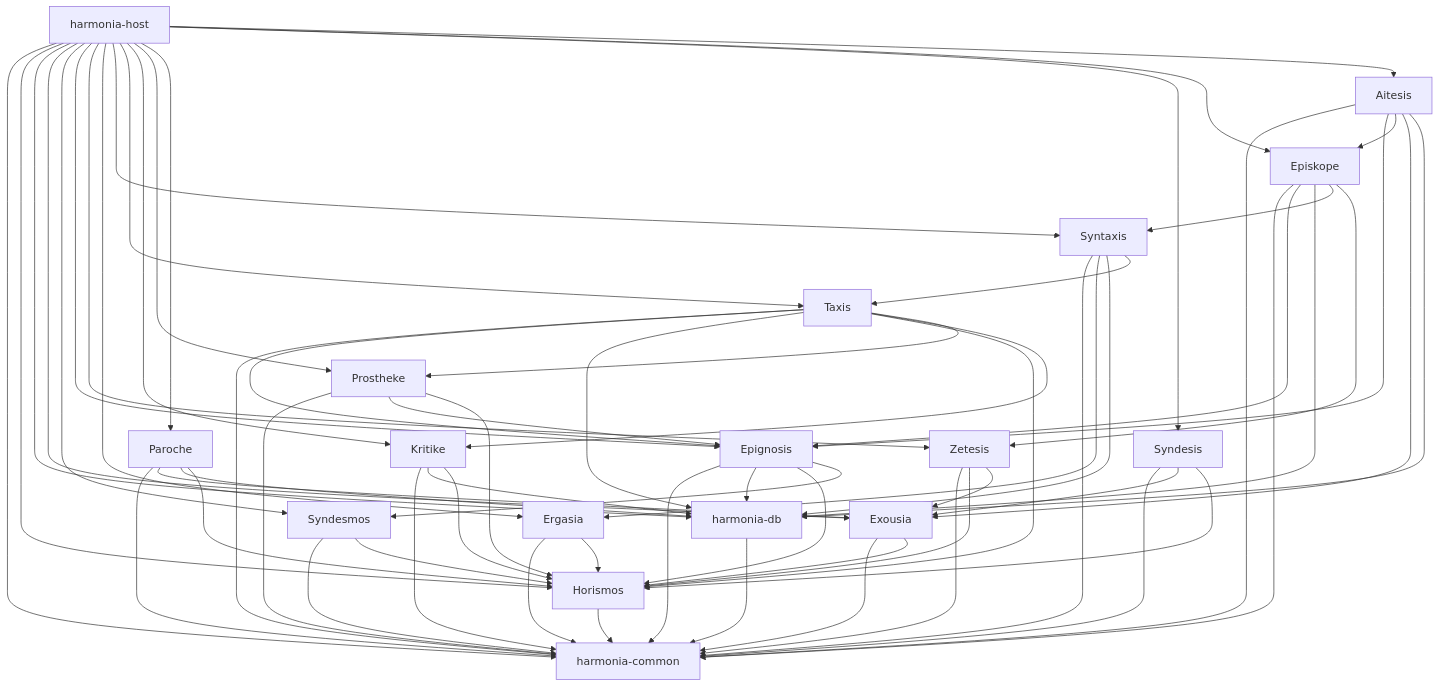
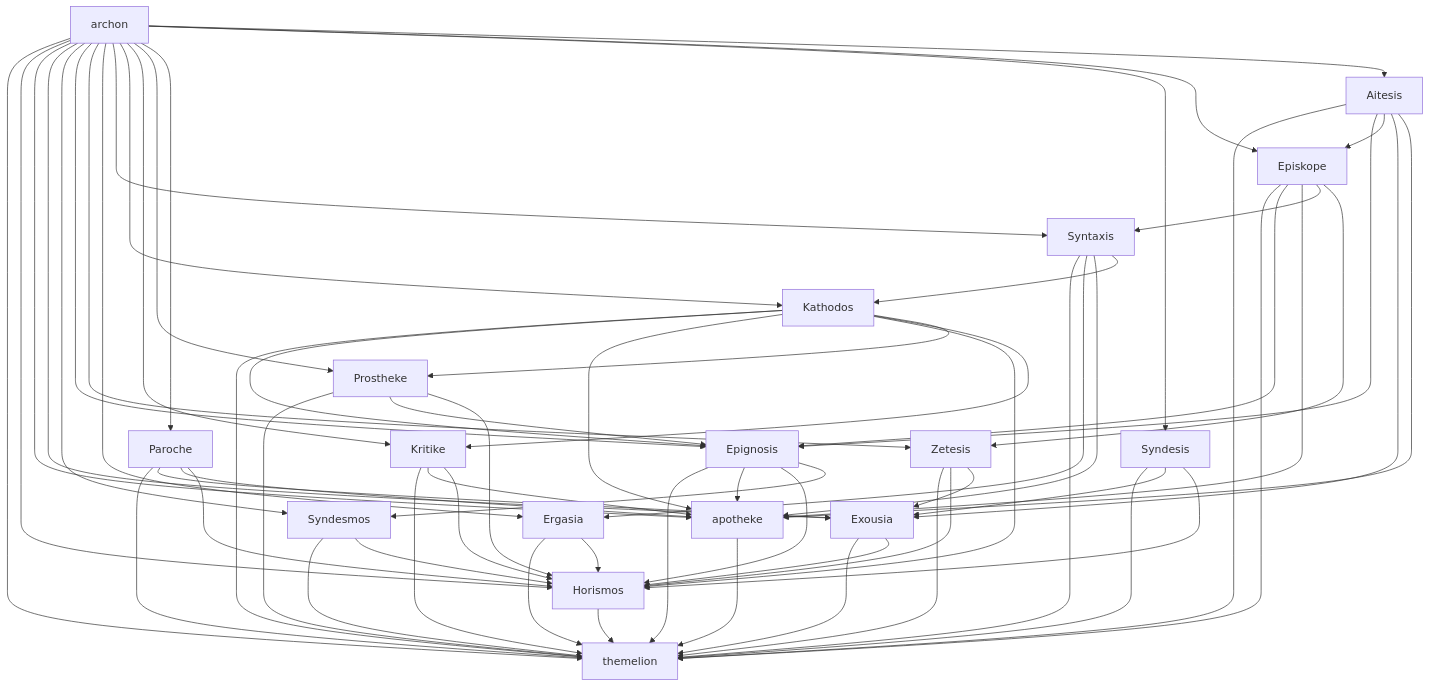
One commit to forkwright/harmonia changed the diagram in docs/architecture/cargo.md. Above: the diagram before and after it, drawn with Mermaid. The commit also changed other lines of this file and 203 other files, not shown here.

````diff
--- a/docs/architecture/cargo.md
+++ b/docs/architecture/cargo.md
@@ -81,11 +81,11 @@
 ```mermaid
 graph TD
     %% Leaf — no internal deps
-    HC[harmonia-common]
+    HC[themelion]
     Horismos --> HC
 
     %% Database layer — leaf alongside horismos
-    HDB[harmonia-db] --> HC
+    HDB[apotheke] --> HC
 
     %% Foundation
     Exousia --> HC
@@ -109,7 +109,7 @@
     Ergasia --> HC
     Ergasia --> Horismos
 
-    %% Quality and supplements (must precede Syntaxis and Taxis in graph)
+    %% Quality and supplements (must precede Syntaxis and Kathodos in graph)
     Kritike --> HC
     Kritike --> HDB
     Kritike --> Horismos
@@ -119,18 +119,18 @@
     Prostheke --> Horismos
 
     %% Import — depends on Epignosis, Kritike, Prostheke
-    Taxis --> HC
-    Taxis --> Epignosis
-    Taxis --> HDB
-    Taxis --> Horismos
-    Taxis --> Kritike
-    Taxis --> Prostheke
+    Kathodos --> HC
+    Kathodos --> Epignosis
+    Kathodos --> HDB
+    Kathodos --> Horismos
+    Kathodos --> Kritike
+    Kathodos --> Prostheke
 
-    %% Queue pipeline — depends on Ergasia and Taxis
+    %% Queue pipeline — depends on Ergasia and Kathodos
     Syntaxis --> HC
     Syntaxis --> Ergasia
     Syntaxis --> HDB
-    Syntaxis --> Taxis
+    Syntaxis --> Kathodos
 
     %% Serving — HTTP
     Paroche --> HC
@@ -158,7 +158,7 @@
     Aitesis --> HDB
 
     %% Binary — depends on all
-    Host[harmonia-host] --> HC
+    Host[archon] --> HC
     Host --> Horismos
     Host --> HDB
     Host --> Exousia
@@ -167,7 +167,7 @@
     Host --> Zetesis
     Host --> Ergasia
     Host --> Syntaxis
-    Host --> Taxis
+    Host --> Kathodos
     Host --> Kritike
     Host --> Prostheke
     Host --> Paroche
````
